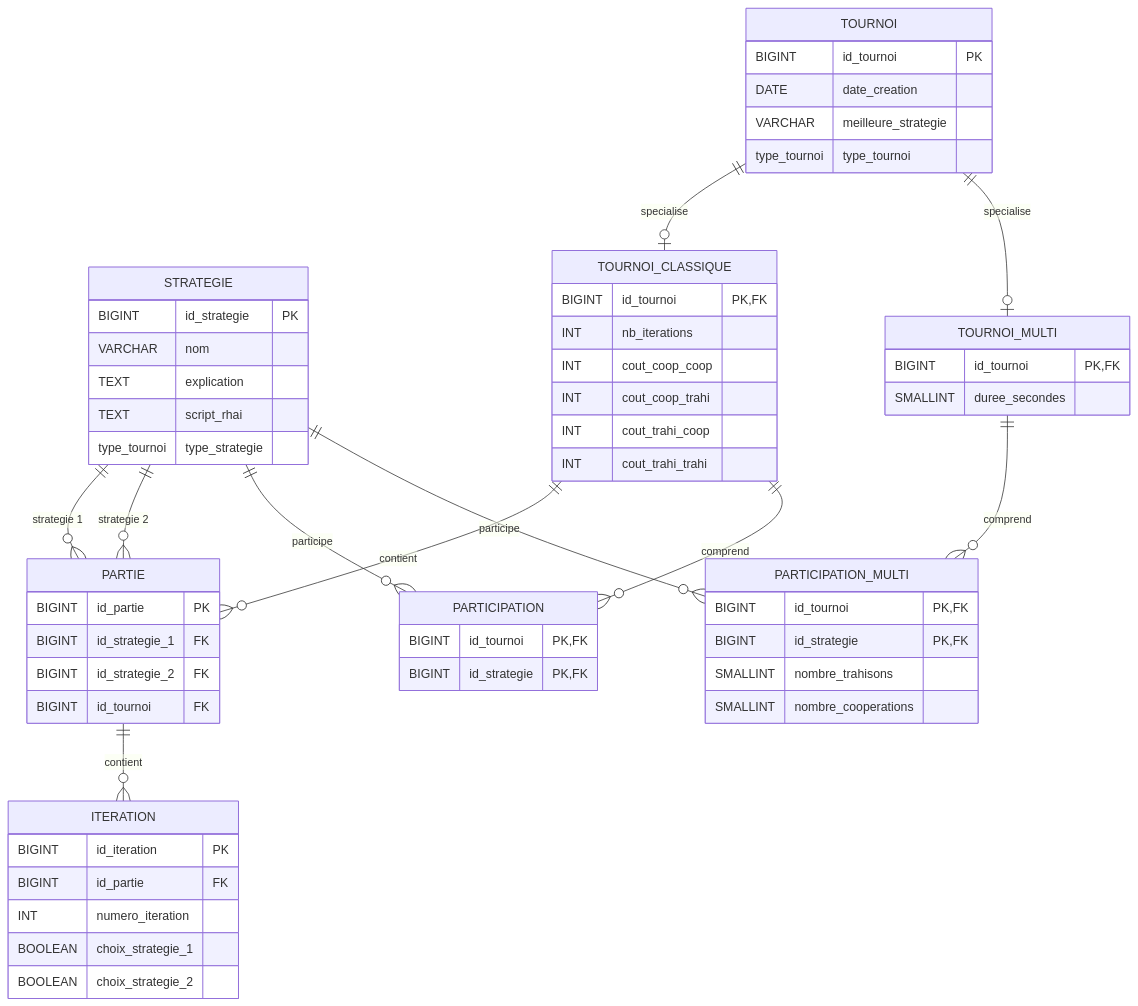
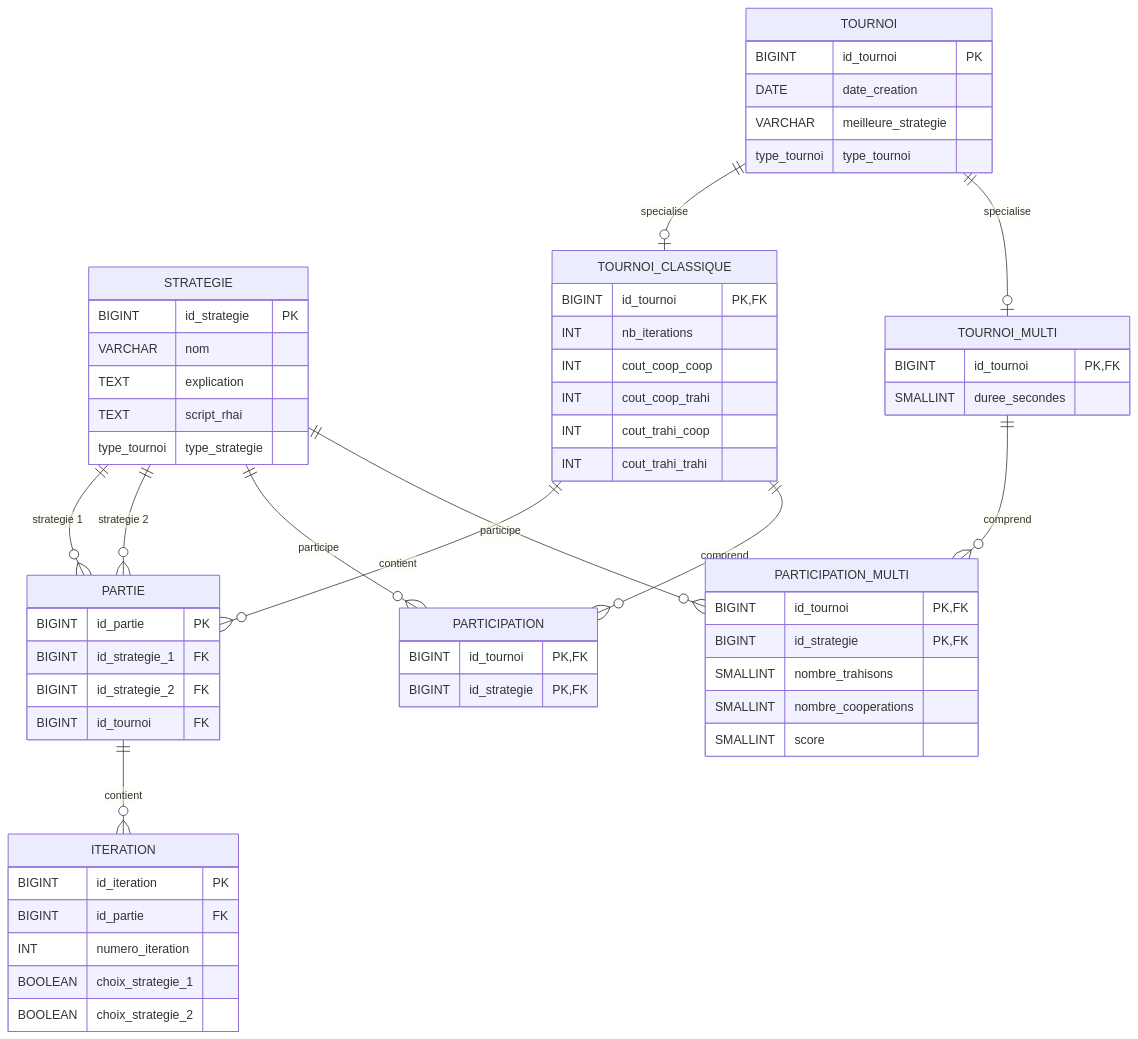
One commit to boubast/Dilemme-du-prisonnier changed the diagram in db/README.md. Above: the diagram before and after it, drawn with Mermaid. The commit also changed 4 other files, not shown here.

````diff
--- a/db/README.md
+++ b/db/README.md
@@ -42,69 +42,70 @@
 ```mermaid
 erDiagram
     STRATEGIE {
         BIGINT id_strategie PK
         VARCHAR nom
         TEXT explication
         TEXT script_rhai
         type_tournoi type_strategie
     }
 
     TOURNOI {
         BIGINT id_tournoi PK
         DATE date_creation
         VARCHAR meilleure_strategie
         type_tournoi type_tournoi
     }
 
     TOURNOI_CLASSIQUE {
         BIGINT id_tournoi PK, FK
         INT nb_iterations
         INT cout_coop_coop
         INT cout_coop_trahi
         INT cout_trahi_coop
         INT cout_trahi_trahi
     }
 
     TOURNOI_MULTI {
         BIGINT id_tournoi PK, FK
         SMALLINT duree_secondes
     }
 
     PARTIE {
         BIGINT id_partie PK
         BIGINT id_strategie_1 FK
         BIGINT id_strategie_2 FK
         BIGINT id_tournoi FK
     }
 
     ITERATION {
         BIGINT id_iteration PK
         BIGINT id_partie FK
         INT numero_iteration
         BOOLEAN choix_strategie_1
         BOOLEAN choix_strategie_2
     }
 
     PARTICIPATION {
         BIGINT id_tournoi PK, FK
         BIGINT id_strategie PK, FK
     }
 
     PARTICIPATION_MULTI {
         BIGINT id_tournoi PK, FK
         BIGINT id_strategie PK, FK
         SMALLINT nombre_trahisons
         SMALLINT nombre_cooperations
+        SMALLINT score
     }
 
     TOURNOI ||--o| TOURNOI_CLASSIQUE : specialise
     TOURNOI ||--o| TOURNOI_MULTI : specialise
     STRATEGIE ||--o{ PARTIE : "strategie 1"
     STRATEGIE ||--o{ PARTIE : "strategie 2"
     TOURNOI_CLASSIQUE ||--o{ PARTIE : contient
     PARTIE ||--o{ ITERATION : contient
     TOURNOI_CLASSIQUE ||--o{ PARTICIPATION : comprend
     STRATEGIE ||--o{ PARTICIPATION : participe
     TOURNOI_MULTI ||--o{ PARTICIPATION_MULTI : comprend
     STRATEGIE ||--o{ PARTICIPATION_MULTI : participe
 ```
````
